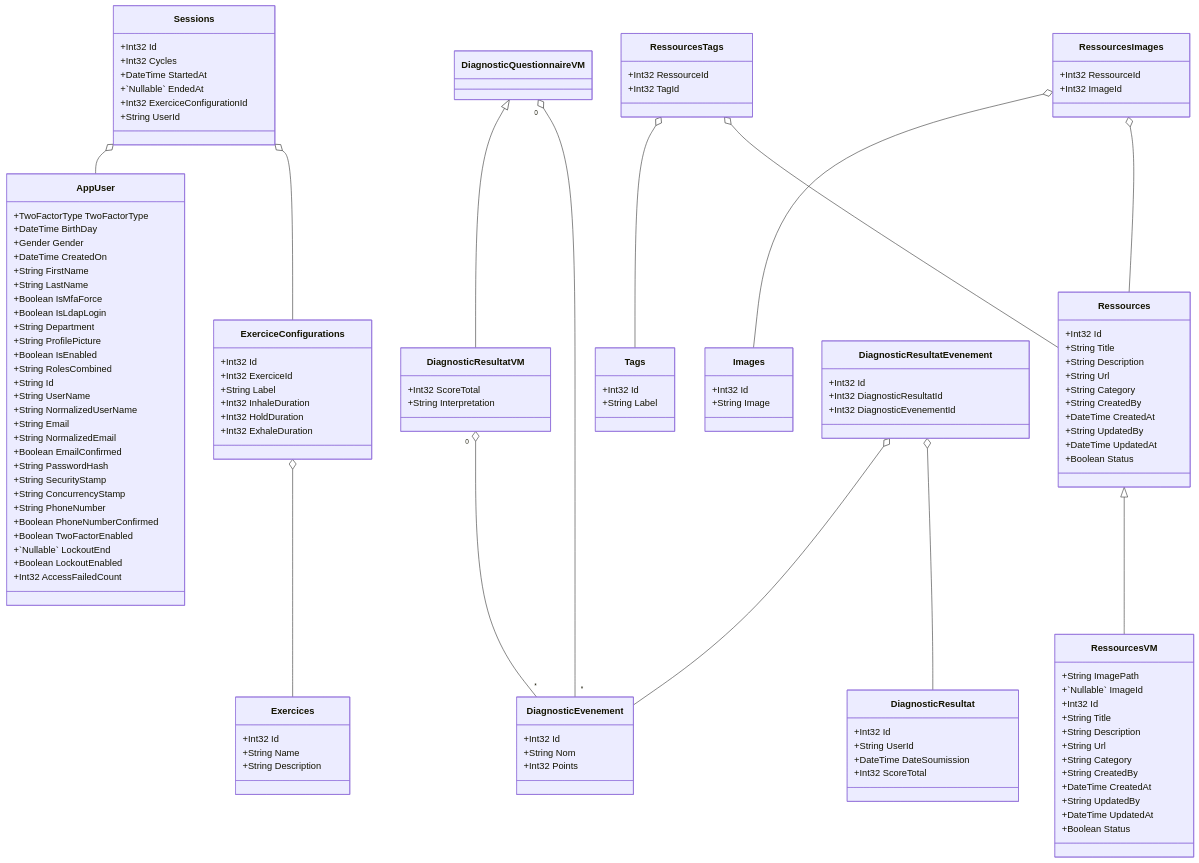
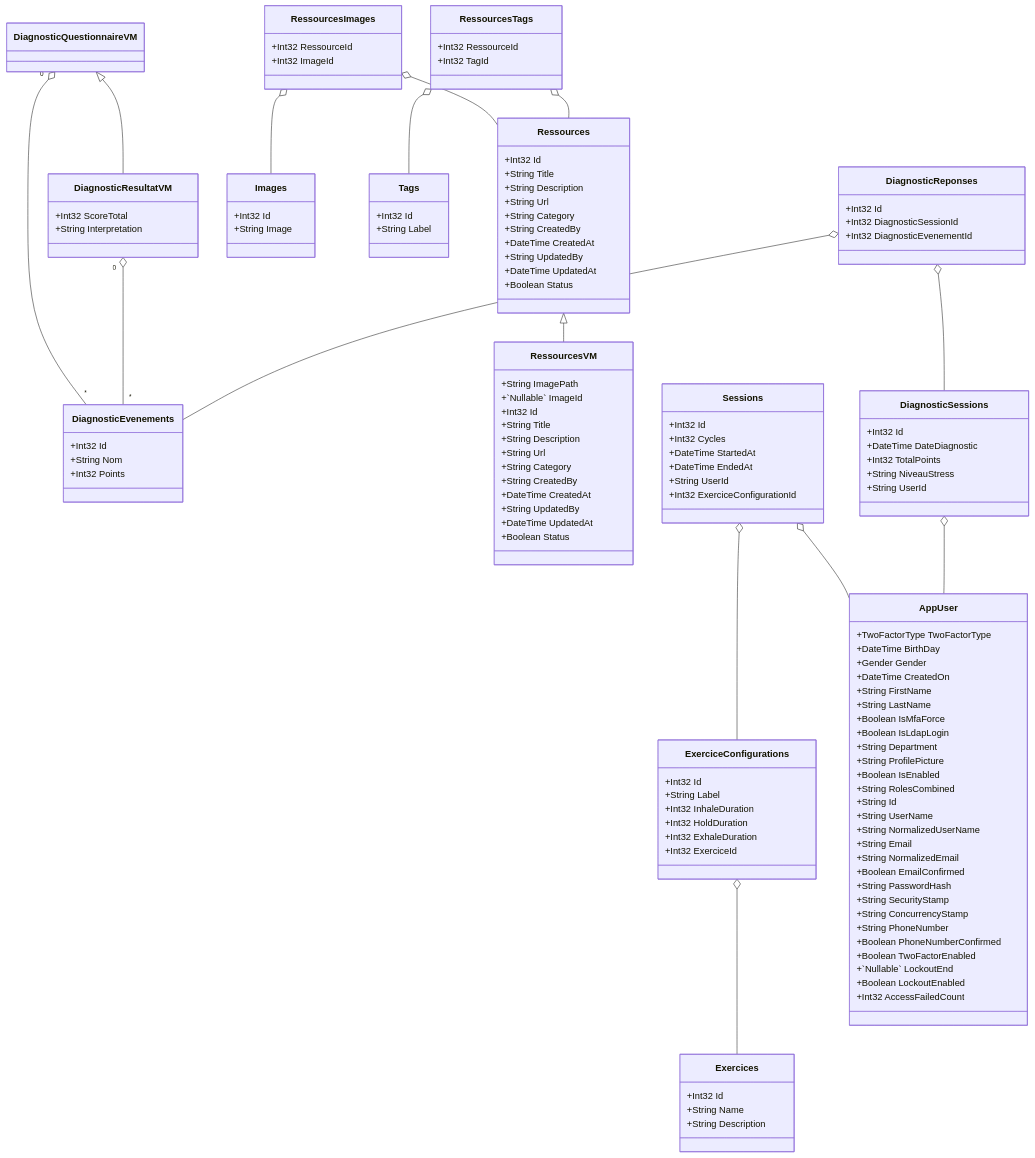
Before and after one commit to PucePanique/DotNetIdentity: the diagram in DotNetIdentity/diagram.mmd, drawn with Mermaid. The commit also changed 1 other file, not shown here.

Commit message:
Génération d'un digramme de classe automatique a partir de DotNetIdentity.Models.CesiZenModels nomé diagram.mmd

```diff
--- a/DotNetIdentity/diagram.mmd
+++ b/DotNetIdentity/diagram.mmd
@@ -1,142 +1,144 @@
 classDiagram
-class ExerciceConfigurations{
-  +Int32 Id
-  +Int32 ExerciceId
-  +String Label
-  +Int32 InhaleDuration
-  +Int32 HoldDuration
-  +Int32 ExhaleDuration
-}
-
-class Exercices{
-  +Int32 Id
-  +String Name
-  +String Description
-}
-
-class Sessions{
-  +Int32 Id
-  +Int32 Cycles
-  +DateTime StartedAt
-  +`Nullable<DateTime>` EndedAt
-  +Int32 ExerciceConfigurationId
-  +String UserId
-}
-
-class AppUser{
-  +TwoFactorType TwoFactorType
-  +DateTime BirthDay
-  +Gender Gender
-  +DateTime CreatedOn
-  +String FirstName
-  +String LastName
-  +Boolean IsMfaForce
-  +Boolean IsLdapLogin
-  +String Department
-  +String ProfilePicture
-  +Boolean IsEnabled
-  +String RolesCombined
-  +String Id
-  +String UserName
-  +String NormalizedUserName
-  +String Email
-  +String NormalizedEmail
-  +Boolean EmailConfirmed
-  +String PasswordHash
-  +String SecurityStamp
-  +String ConcurrencyStamp
-  +String PhoneNumber
-  +Boolean PhoneNumberConfirmed
-  +Boolean TwoFactorEnabled
-  +`Nullable<DateTimeOffset>` LockoutEnd
-  +Boolean LockoutEnabled
-  +Int32 AccessFailedCount
-}
-
 class DiagnosticQuestionnaireVM
 
-class DiagnosticEvenement{
+class DiagnosticEvenements{
   +Int32 Id
   +String Nom
   +Int32 Points
 }
 
 class DiagnosticResultatVM{
   +Int32 ScoreTotal
   +String Interpretation
 }
 
 class RessourcesVM{
   +String ImagePath
   +`Nullable<Int32>` ImageId
   +Int32 Id
   +String Title
   +String Description
   +String Url
   +String Category
   +String CreatedBy
   +DateTime CreatedAt
   +String UpdatedBy
   +DateTime UpdatedAt
   +Boolean Status
 }
 
 class Ressources{
   +Int32 Id
   +String Title
   +String Description
   +String Url
   +String Category
   +String CreatedBy
   +DateTime CreatedAt
   +String UpdatedBy
   +DateTime UpdatedAt
   +Boolean Status
 }
 
 class Images{
   +Int32 Id
   +String Image
 }
 
 class RessourcesImages{
   +Int32 RessourceId
   +Int32 ImageId
 }
 
 class RessourcesTags{
   +Int32 RessourceId
   +Int32 TagId
 }
 
 class Tags{
   +Int32 Id
   +String Label
 }
 
-class DiagnosticResultat{
+class ExerciceConfigurations{
   +Int32 Id
-  +String UserId
-  +DateTime DateSoumission
-  +Int32 ScoreTotal
+  +String Label
+  +Int32 InhaleDuration
+  +Int32 HoldDuration
+  +Int32 ExhaleDuration
+  +Int32 ExerciceId
 }
 
-class DiagnosticResultatEvenement{
+class Exercices{
   +Int32 Id
-  +Int32 DiagnosticResultatId
+  +String Name
+  +String Description
+}
+
+class Sessions{
+  +Int32 Id
+  +Int32 Cycles
+  +DateTime StartedAt
+  +DateTime EndedAt
+  +String UserId
+  +Int32 ExerciceConfigurationId
+}
+
+class AppUser{
+  +TwoFactorType TwoFactorType
+  +DateTime BirthDay
+  +Gender Gender
+  +DateTime CreatedOn
+  +String FirstName
+  +String LastName
+  +Boolean IsMfaForce
+  +Boolean IsLdapLogin
+  +String Department
+  +String ProfilePicture
+  +Boolean IsEnabled
+  +String RolesCombined
+  +String Id
+  +String UserName
+  +String NormalizedUserName
+  +String Email
+  +String NormalizedEmail
+  +Boolean EmailConfirmed
+  +String PasswordHash
+  +String SecurityStamp
+  +String ConcurrencyStamp
+  +String PhoneNumber
+  +Boolean PhoneNumberConfirmed
+  +Boolean TwoFactorEnabled
+  +`Nullable<DateTimeOffset>` LockoutEnd
+  +Boolean LockoutEnabled
+  +Int32 AccessFailedCount
+}
+
+class DiagnosticReponses{
+  +Int32 Id
+  +Int32 DiagnosticSessionId
   +Int32 DiagnosticEvenementId
 }
 
-ExerciceConfigurations o-- Exercices
-Sessions o-- ExerciceConfigurations
-Sessions o-- AppUser
-DiagnosticQuestionnaireVM "0" o-- "*" DiagnosticEvenement
-DiagnosticResultatVM "0" o-- "*" DiagnosticEvenement
+class DiagnosticSessions{
+  +Int32 Id
+  +DateTime DateDiagnostic
+  +Int32 TotalPoints
+  +String NiveauStress
+  +String UserId
+}
+
+DiagnosticQuestionnaireVM "0" o-- "*" DiagnosticEvenements
+DiagnosticResultatVM "0" o-- "*" DiagnosticEvenements
 DiagnosticQuestionnaireVM <|-- DiagnosticResultatVM
 Ressources <|-- RessourcesVM
 RessourcesImages o-- Ressources
 RessourcesImages o-- Images
 RessourcesTags o-- Ressources
 RessourcesTags o-- Tags
-DiagnosticResultatEvenement o-- DiagnosticResultat
-DiagnosticResultatEvenement o-- DiagnosticEvenement
+ExerciceConfigurations o-- Exercices
+Sessions o-- AppUser
+Sessions o-- ExerciceConfigurations
+DiagnosticSessions o-- AppUser
+DiagnosticReponses o-- DiagnosticSessions
+DiagnosticReponses o-- DiagnosticEvenements
```
